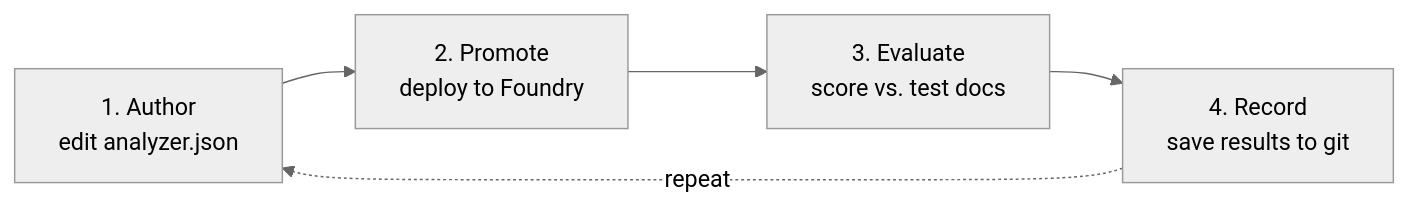
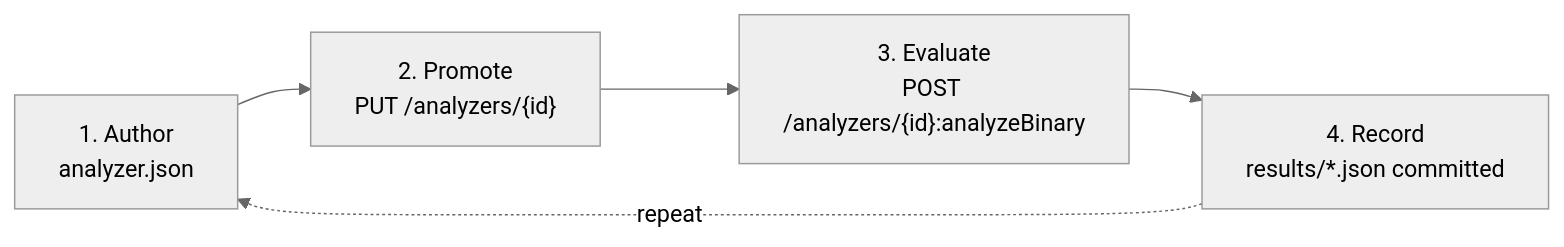
Before and after one commit to georgeollis/content-understanding-mlops: the first of 3 diagrams in README.md, drawn with Mermaid (neutral theme). The commit also changed other lines of this file and 3 other files, not shown here.

First line of the commit message:
docs: rewrite README, mlops-pipeline, azure-foundry-architecture in technical reference style

````diff
--- a/README.md
+++ b/README.md
@@ -77,7 +55,7 @@
 ```mermaid
 graph LR
-    A["1. Author<br/>edit analyzer.json"] --> B["2. Promote<br/>deploy to Foundry"]
-    B --> C["3. Evaluate<br/>score vs. test docs"]
-    C --> D["4. Record<br/>save results to git"]
+    A["1. Author<br/>analyzer.json"] --> B["2. Promote<br/>PUT /analyzers/{id}"]
+    B --> C["3. Evaluate<br/>POST /analyzers/{id}:analyzeBinary"]
+    C --> D["4. Record<br/>results/*.json committed"]
     D -.->|"repeat"| A
 ```
````
